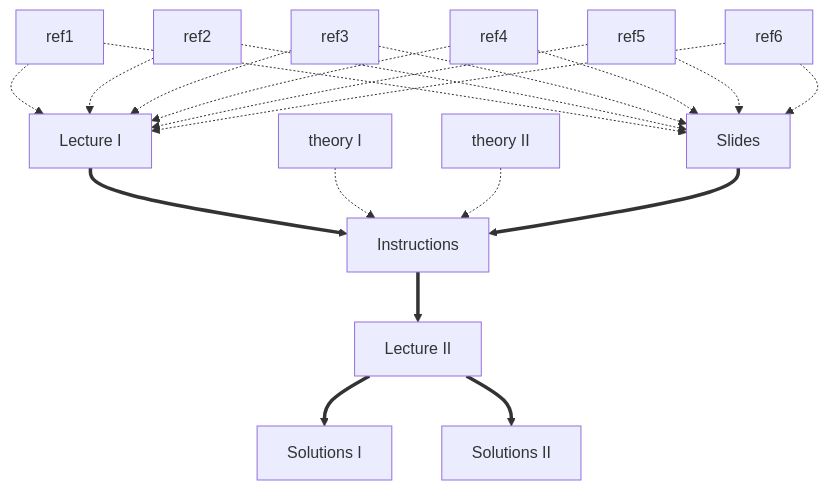
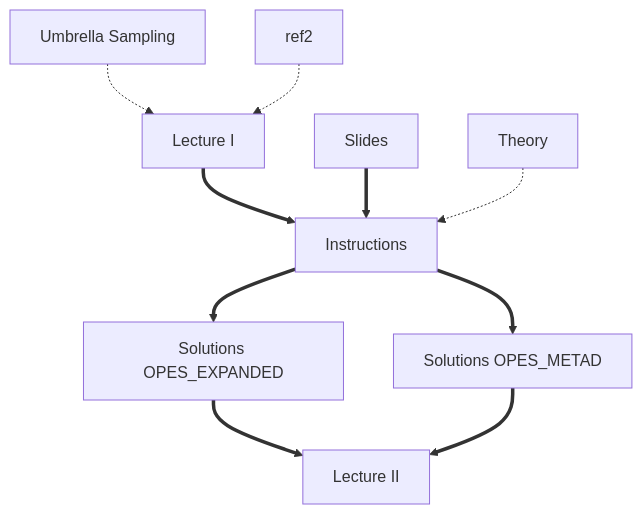
The diagram in NAVIGATION.md (invemichele/masterclass-22-03), drawn with Mermaid before and after one commit. The commit also changed other lines of this file and 4 other files, not shown here.

Commit message:
fix equations and flow chart improvements

````diff
--- a/NAVIGATION.md
+++ b/NAVIGATION.md
@@ -13,36 +13,21 @@
 ```mermaid
 flowchart TB;
-  A[ref1] -.-> G[Lecture I];
-  B[ref2] -.-> G;
-  C[ref3] -.-> G;
-  D[ref4] -.-> G;
-  E[ref5] -.-> G;
-  F[ref6] -.-> G;
-  A -.-> H[Slides];
-  B -.-> H;
-  C -.-> H;
-  D -.-> H;
-  E -.-> H;
-  F -.-> H;
-  G ==> J[Instructions];
-  I[theory I] -.-> J;
-  K[theory II] -.-> J;
-  H ==> J;
-  J ==> L[Lecture II];
-  L ==> M[Solutions I];
-  L ==> N[Solutions II];
-  click A "ref1" "A previous tutorial that introduces the basics of PLUMED syntax";
-  click B "ref2" "A previous tutorial that introduces umbrella sampling";
-  click C "ref3" "A previous tutorial that introduces metadynamics";
-  click D "ref4" "The paper that introduces the OPES method (OPES_METAD)";
-  click E "ref5" "The paper about the exploration variant of the OPES method (OPES_METAD_EXPLORE)";
-  click F "ref6" "The paper on the OPES method for expanded ensembles (OPES_EXPANDED)";
-  click G "video1" "A lecture that was given on February 28th 2022 as part of the plumed masterclass series that introduces you to the exercises in this lesson";
-  click H "ref7" "The slides that were used in the lecture";
-  click I "THEORY.md" "An introduction to the OPES theory";
-  click J "INSTRUCTIONS.md" "Instructions for the exercises that you are supposed to complete";
-  click K "MORE_THEORY.md" "An explicit example of the analytical formula of the bias for OPES_EXPANDED is defined";
-  click L "video2" "A lecture that was given on March 7th 2022 as part of the plumed masterclass series that goes through the solutions to the exercises in the lesson";
-  click M "notebooks/1-opes_expanded.ipynb" "A python notebook that presents the OPES method for replica-exchange-like sampling (OPES_EXPANDED)";
-  click N "notebooks/2-opes_metad.ipynb" "A python notebook that presents the OPES method for metadynamics-like sampling (OPES_METAD)";
+  A[Umbrella Sampling] -.-> C[Lecture I];
+  B[ref2] -.-> C;
+  C ==> D[Instructions];
+  E[Slides] ==> D;
+  F[Theory] -.-> D;
+  D ==> G[Solutions OPES_EXPANDED];
+  D ==> H[Solutions OPES_METAD];
+  G ==> I[Lecture II];
+  H ==> I[Lecture II];
+  click A "ref1" "A previous tutorial that introduces umbrella sampling";
+  click B "ref2" "A previous tutorial that introduces metadynamics";
+  click C "video1" "A lecture that was given on February 28th 2022 as part of the plumed masterclass series that introduces you to the exercises in this lesson";
+  click D "INSTRUCTIONS.md" "Instructions for the exercises that you are supposed to complete";
+  click E "ref3" "The slides that were used in the lecture";
+  click F "THEORY.md" "An introduction to the OPES theory";
+  click G "notebooks/1-opes_expanded.ipynb" "A python notebook that presents the OPES method for replica-exchange-like sampling";
+  click H "notebooks/2-opes_metad.ipynb" "A python notebook that presents the OPES method for metadynamics-like sampling";
+  click I "video2" "A lecture that was given on March 7th 2022 as part of the plumed masterclass series that goes through the solutions to the exercises in the lesson";
 ```
````
